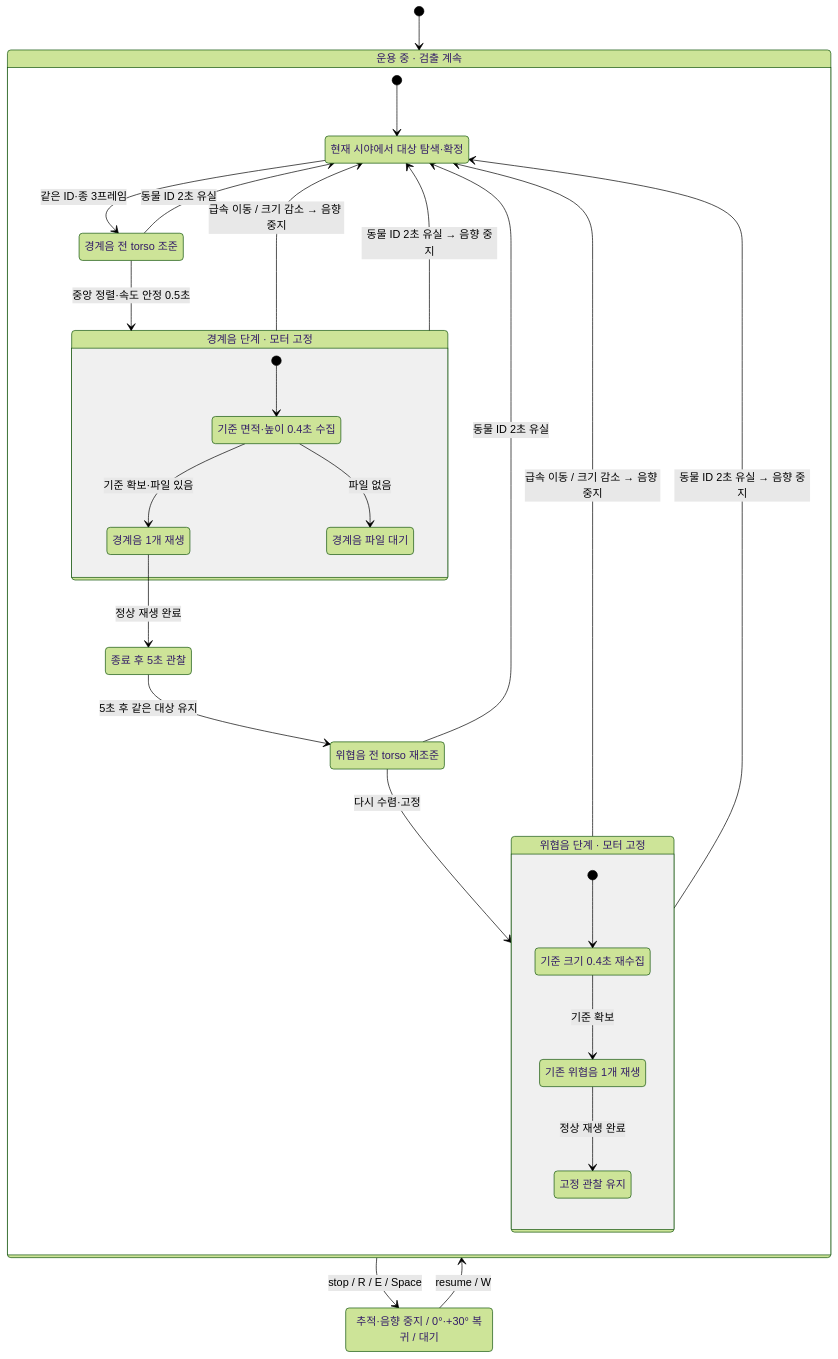
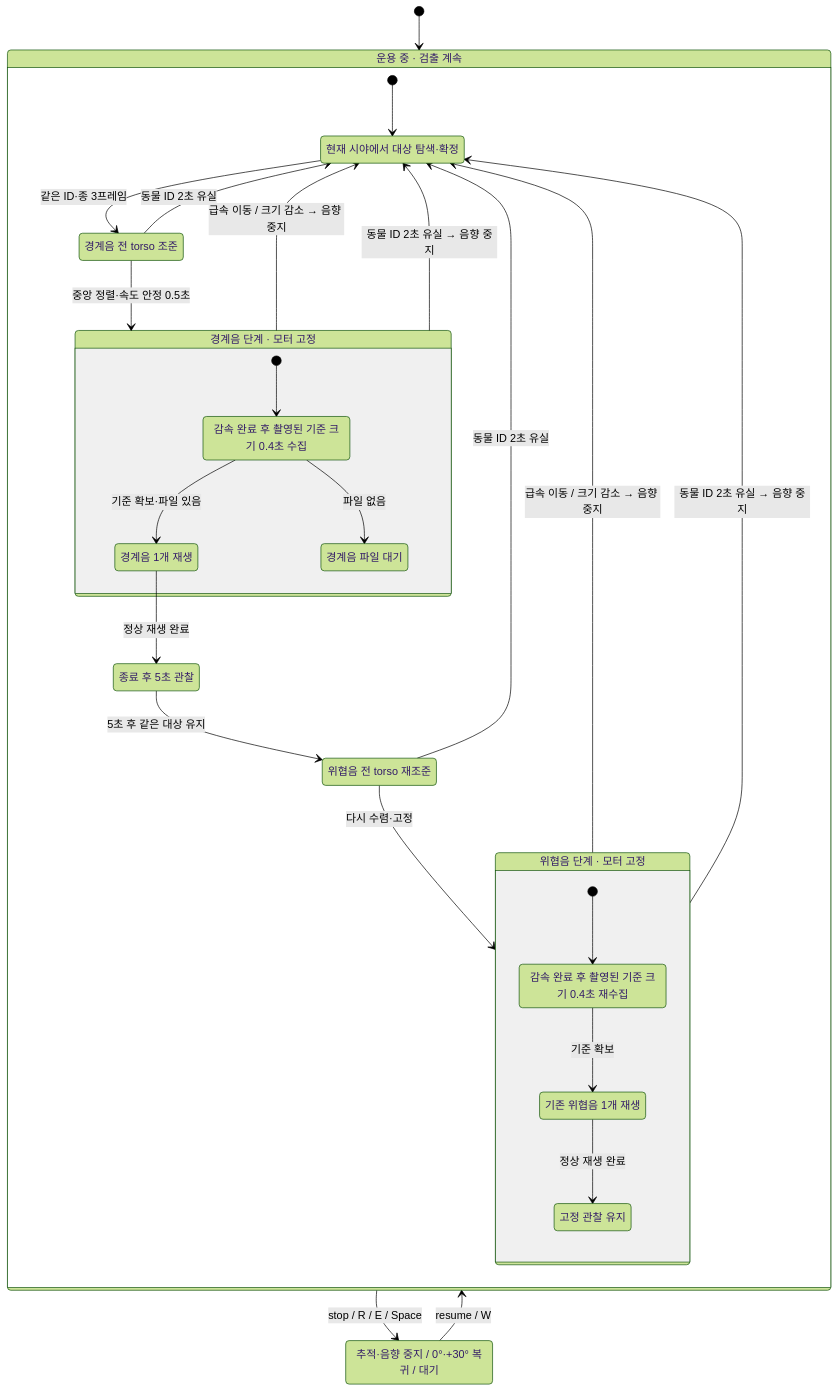
One commit to u972637/ADAS_Project_v3 changed the second of 2 diagrams in docs/INTEGRATION_HANDOFF.md. Above: the diagram before and after it, drawn with Mermaid (forest theme). The commit also changed other lines of this file and 17 other files, not shown here.

````diff
--- a/docs/INTEGRATION_HANDOFF.md
+++ b/docs/INTEGRATION_HANDOFF.md
@@ -63,43 +71,43 @@
 ```mermaid
 stateDiagram-v2
     direction TB
     [*] --> Running
     state "운용 중 · 검출 계속" as Running {
         [*] --> Search
         state "현재 시야에서 대상 탐색·확정" as Search
         state "경계음 전 torso 조준" as AimW
         state "위협음 전 torso 재조준" as AimT
         Search --> AimW: 같은 ID·종 3프레임
         AimW --> WarningStage: 중앙 정렬·속도 안정 0.5초
 
         state "경계음 단계 · 모터 고정" as WarningStage {
             [*] --> BaselineW
-            state "기준 면적·높이 0.4초 수집" as BaselineW
+            state "감속 완료 후 촬영된 기준 크기 0.4초 수집" as BaselineW
             state "경계음 1개 재생" as PlayW
             state "종료 후 5초 관찰" as ObserveW
             state "경계음 파일 대기" as MissingW
             BaselineW --> PlayW: 기준 확보·파일 있음
             BaselineW --> MissingW: 파일 없음
             PlayW --> ObserveW: 정상 재생 완료
         }
         ObserveW --> AimT: 5초 후 같은 대상 유지
         AimT --> ThreatStage: 다시 수렴·고정
         state "위협음 단계 · 모터 고정" as ThreatStage {
             [*] --> BaselineT
-            state "기준 크기 0.4초 재수집" as BaselineT
+            state "감속 완료 후 촬영된 기준 크기 0.4초 재수집" as BaselineT
             state "기존 위협음 1개 재생" as PlayT
             state "고정 관찰 유지" as ObserveT
             BaselineT --> PlayT: 기준 확보
             PlayT --> ObserveT: 정상 재생 완료
         }
         WarningStage --> Search: 급속 이동 / 크기 감소 → 음향 중지
         ThreatStage --> Search: 급속 이동 / 크기 감소 → 음향 중지
         WarningStage --> Search: 동물 ID 2초 유실 → 음향 중지
         ThreatStage --> Search: 동물 ID 2초 유실 → 음향 중지
         AimW --> Search: 동물 ID 2초 유실
         AimT --> Search: 동물 ID 2초 유실
     }
     state "추적·음향 중지 / 0°·+30° 복귀 / 대기" as Stopped
     Running --> Stopped: stop / R / E / Space
     Stopped --> Running: resume / W
 ```
````
